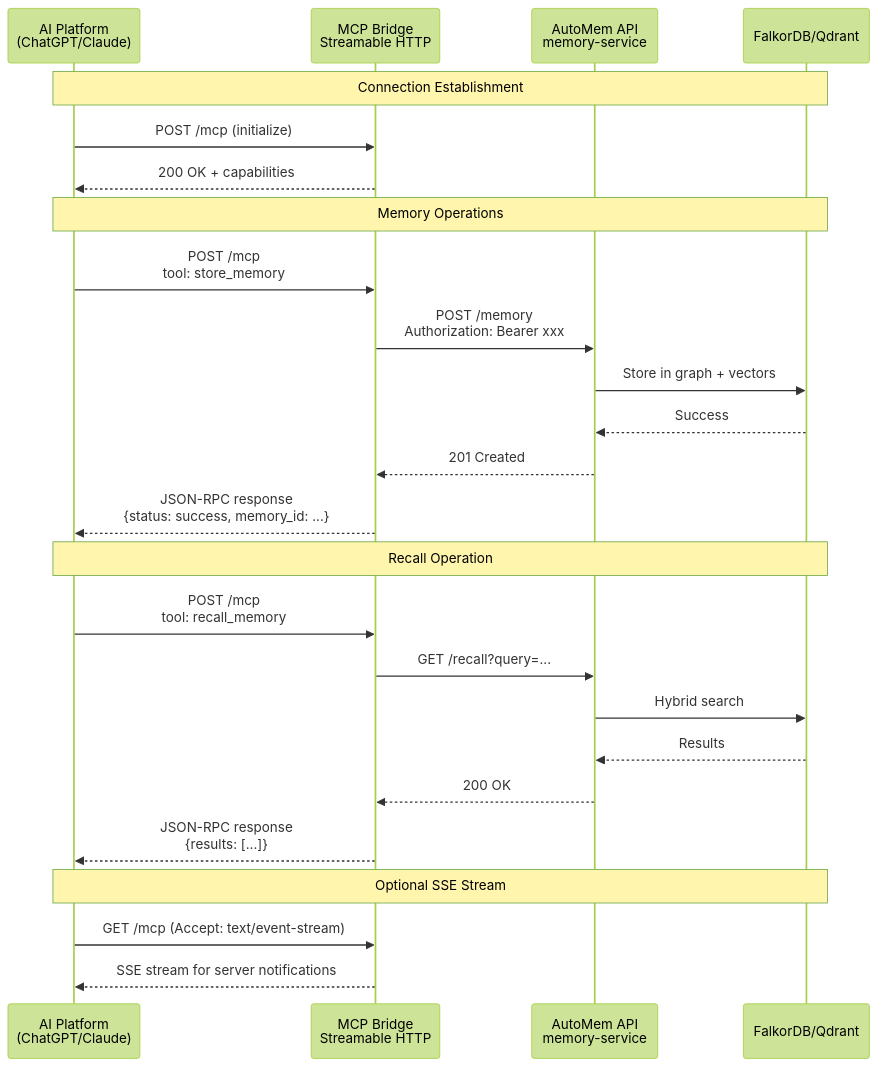
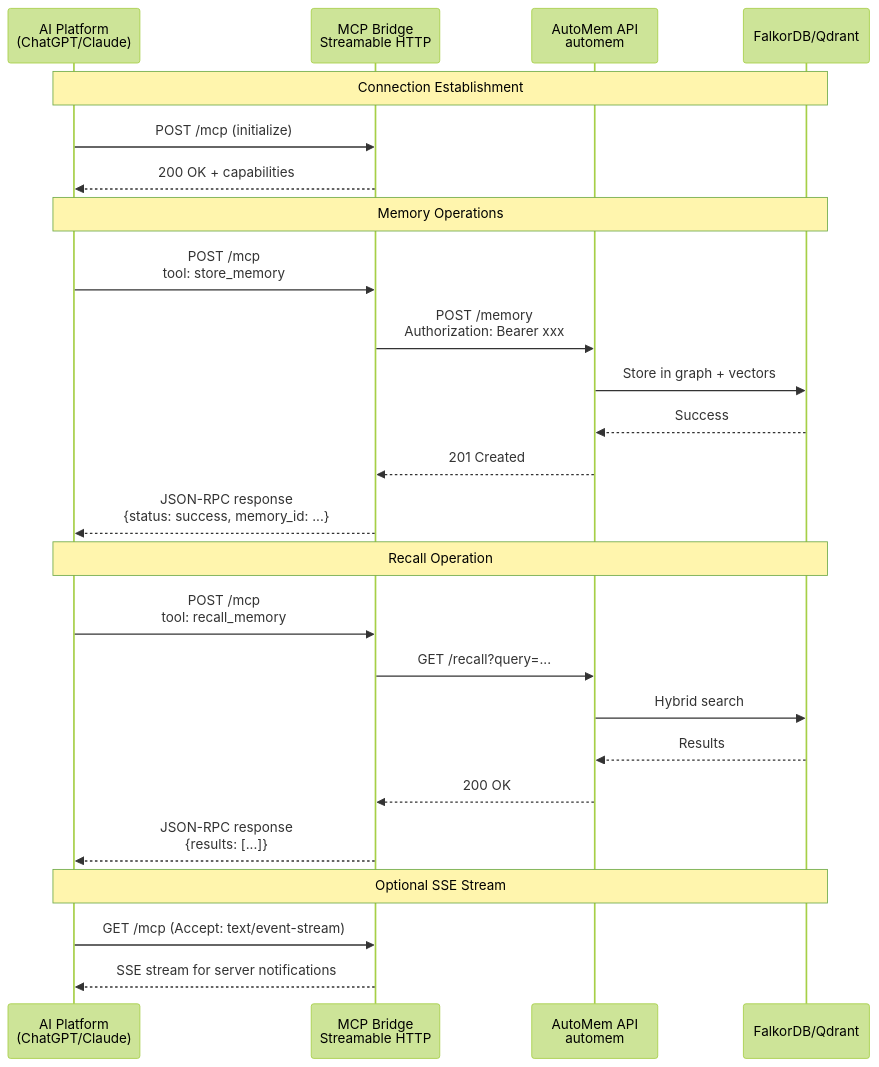
Before and after one commit to verygoodplugins/automem: the second of 2 diagrams in docs/MCP_SSE.md, drawn with Mermaid (forest theme). The commit also changed other lines of this file and 5 other files, not shown here.

First line of the commit message:
docs(railway): align AutoMem service references

````diff
--- a/docs/MCP_SSE.md
+++ b/docs/MCP_SSE.md
@@ -185,31 +185,31 @@
 ```mermaid
 sequenceDiagram
     participant Client as AI Platform<br/>(ChatGPT/Claude)
     participant MCP as MCP Bridge<br/>Streamable HTTP
-    participant API as AutoMem API<br/>memory-service
+    participant API as AutoMem API<br/>automem
     participant DB as FalkorDB/Qdrant
 
     Note over Client,DB: Connection Establishment
     Client->>MCP: POST /mcp (initialize)
     MCP-->>Client: 200 OK + capabilities
 
     Note over Client,DB: Memory Operations
     Client->>MCP: POST /mcp<br/>tool: store_memory
     MCP->>API: POST /memory<br/>Authorization: Bearer xxx
     API->>DB: Store in graph + vectors
     DB-->>API: Success
     API-->>MCP: 201 Created
     MCP-->>Client: JSON-RPC response<br/>{status: success, memory_id: ...}
 
     Note over Client,DB: Recall Operation
     Client->>MCP: POST /mcp<br/>tool: recall_memory
     MCP->>API: GET /recall?query=...
     API->>DB: Hybrid search
     DB-->>API: Results
     API-->>MCP: 200 OK
     MCP-->>Client: JSON-RPC response<br/>{results: [...]}
 
     Note over Client,DB: Optional SSE Stream
     Client->>MCP: GET /mcp (Accept: text/event-stream)
     MCP-->>Client: SSE stream for server notifications
 ```
````
